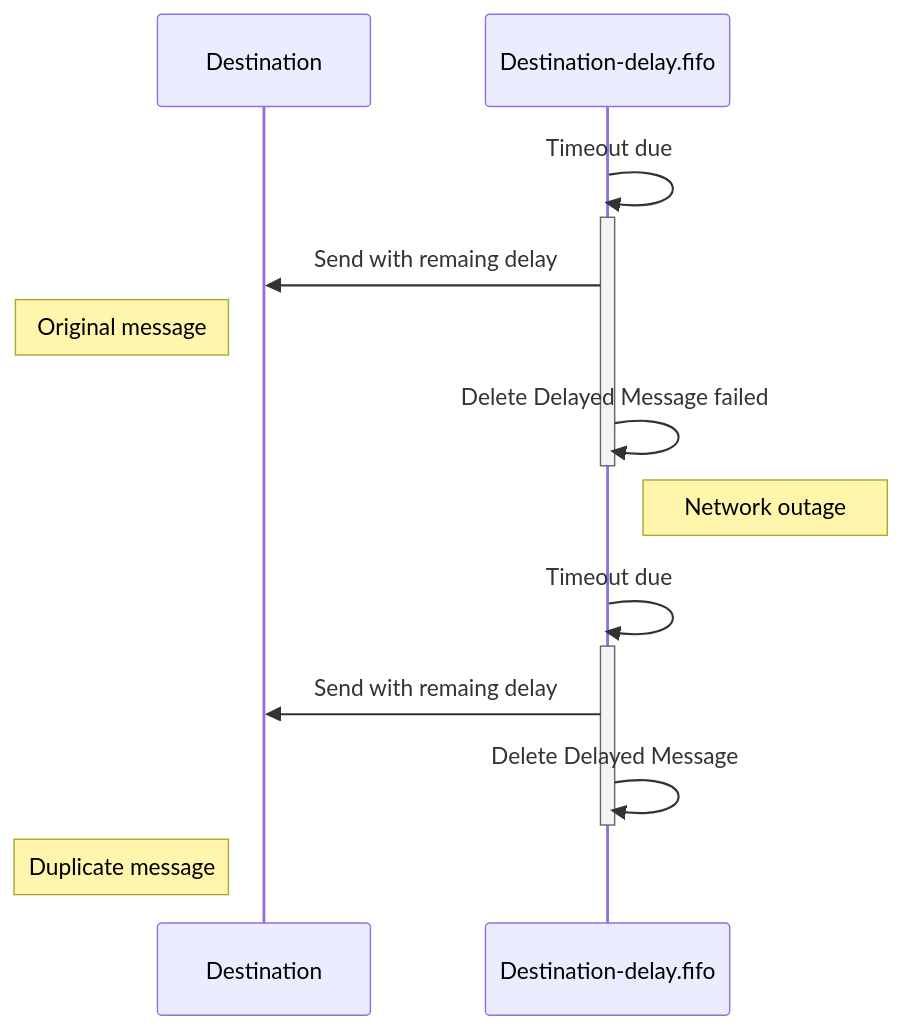
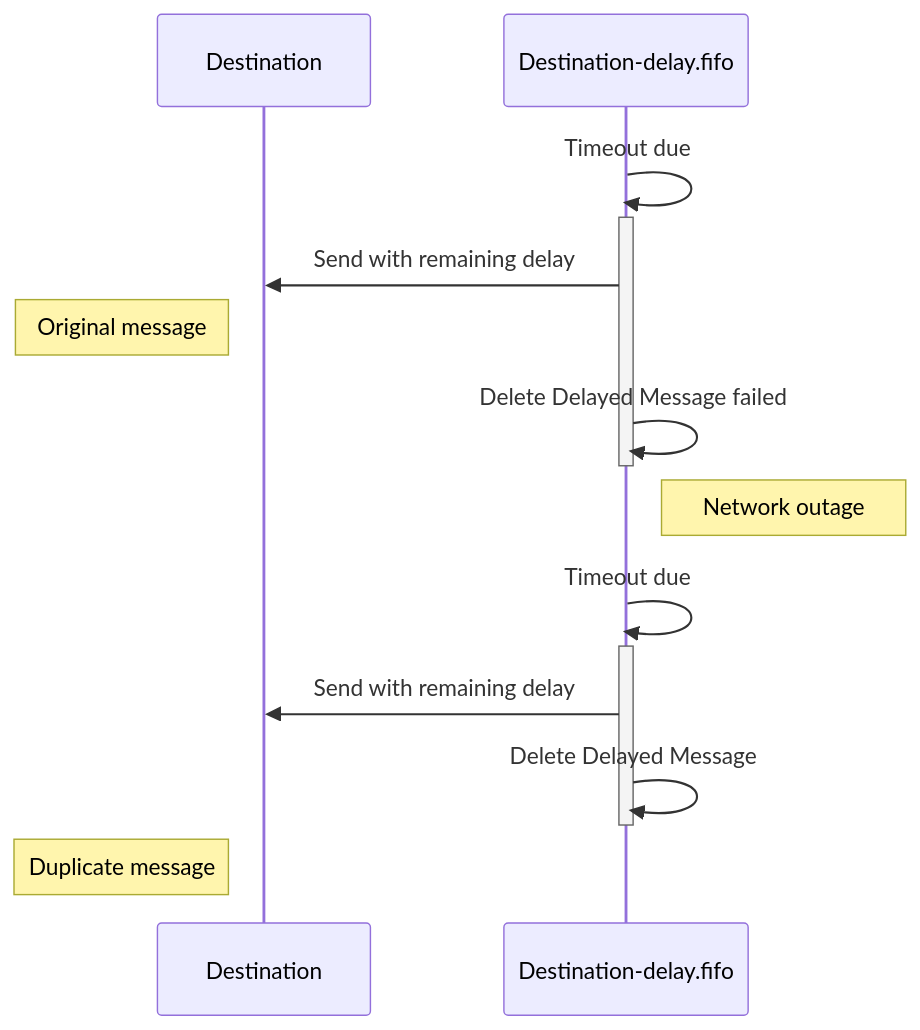
Before and after one commit to Particular/docs.particular.net: the second of 4 diagrams in transports/sqs/delayed-delivery.md, drawn with Mermaid. The commit also changed other lines of this file and 3 other files, not shown here.

````diff
--- a/transports/sqs/delayed-delivery.md
+++ b/transports/sqs/delayed-delivery.md
@@ -67,14 +67,14 @@
 ```mermaid
 sequenceDiagram
     participant D as Destination
     participant F as Destination-delay.fifo
     F ->>+ F: Timeout due
-    F ->> D: Send with remaing delay
+    F ->> D: Send with remaining delay
     Note left of D: Original message
     F ->>- F: Delete Delayed Message failed
     Note right of F: Network outage
     F ->>+ F: Timeout due
-    F ->> D: Send with remaing delay
+    F ->> D: Send with remaining delay
     F ->>- F: Delete Delayed Message
     Note left of D: Duplicate message
 ```
````
